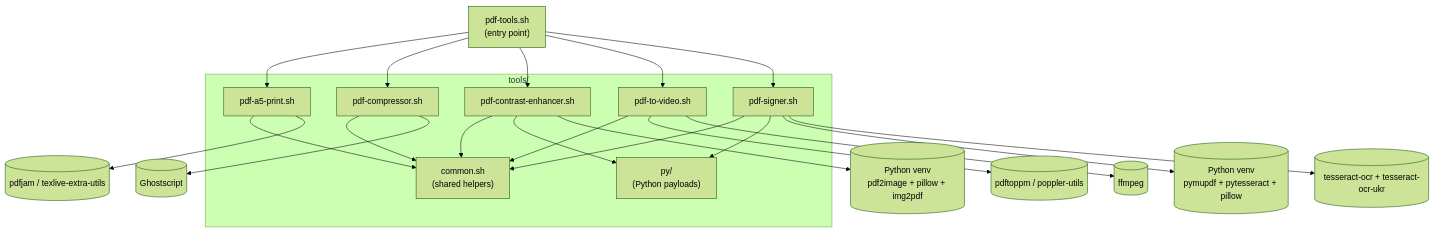
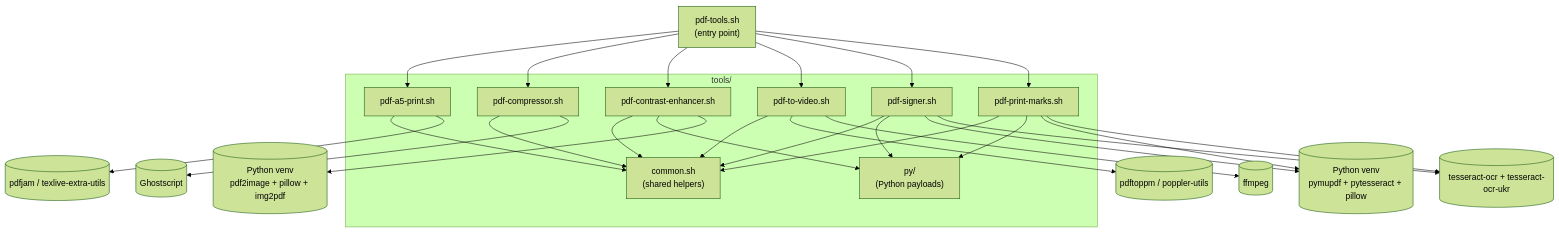
The diagram in README.md (oleksiisedun/pdf-tools), drawn with Mermaid (forest theme) before and after one commit. The commit also changed other lines of this file and 2 other files, not shown here.

First line of the commit message:
Document pdf-print-marks and viewer print results

````diff
--- a/README.md
+++ b/README.md
@@ -36,36 +37,42 @@
 ```mermaid
 graph TD
   Menu["pdf-tools.sh\n(entry point)"]
 
   subgraph Tools["tools/"]
     Common["common.sh\n(shared helpers)"]
     Py["py/\n(Python payloads)"]
     A5["pdf-a5-print.sh"]
     Compressor["pdf-compressor.sh"]
     Contrast["pdf-contrast-enhancer.sh"]
     ToVideo["pdf-to-video.sh"]
     Signer["pdf-signer.sh"]
+    Marks["pdf-print-marks.sh"]
   end
 
   Menu --> A5
   Menu --> Compressor
   Menu --> Contrast
   Menu --> ToVideo
   Menu --> Signer
+  Menu --> Marks
 
   A5 --> Common
   Compressor --> Common
   Contrast --> Common
   ToVideo --> Common
   Signer --> Common
+  Marks --> Common
 
   A5 --> Pdfjam[("pdfjam / texlive-extra-utils")]
   Compressor --> Ghostscript[("Ghostscript")]
   Contrast --> Py
   Signer --> Py
+  Marks --> Py
   Contrast --> Venv[("Python venv\npdf2image + pillow + img2pdf")]
   ToVideo --> Pdftoppm[("pdftoppm / poppler-utils")]
   ToVideo --> Ffmpeg[("ffmpeg")]
+  Marks --> SignerVenv
   Signer --> SignerVenv[("Python venv\npymupdf + pytesseract + pillow")]
   Signer --> Tesseract[("tesseract-ocr + tesseract-ocr-ukr")]
+  Marks --> Tesseract
 ```
````
